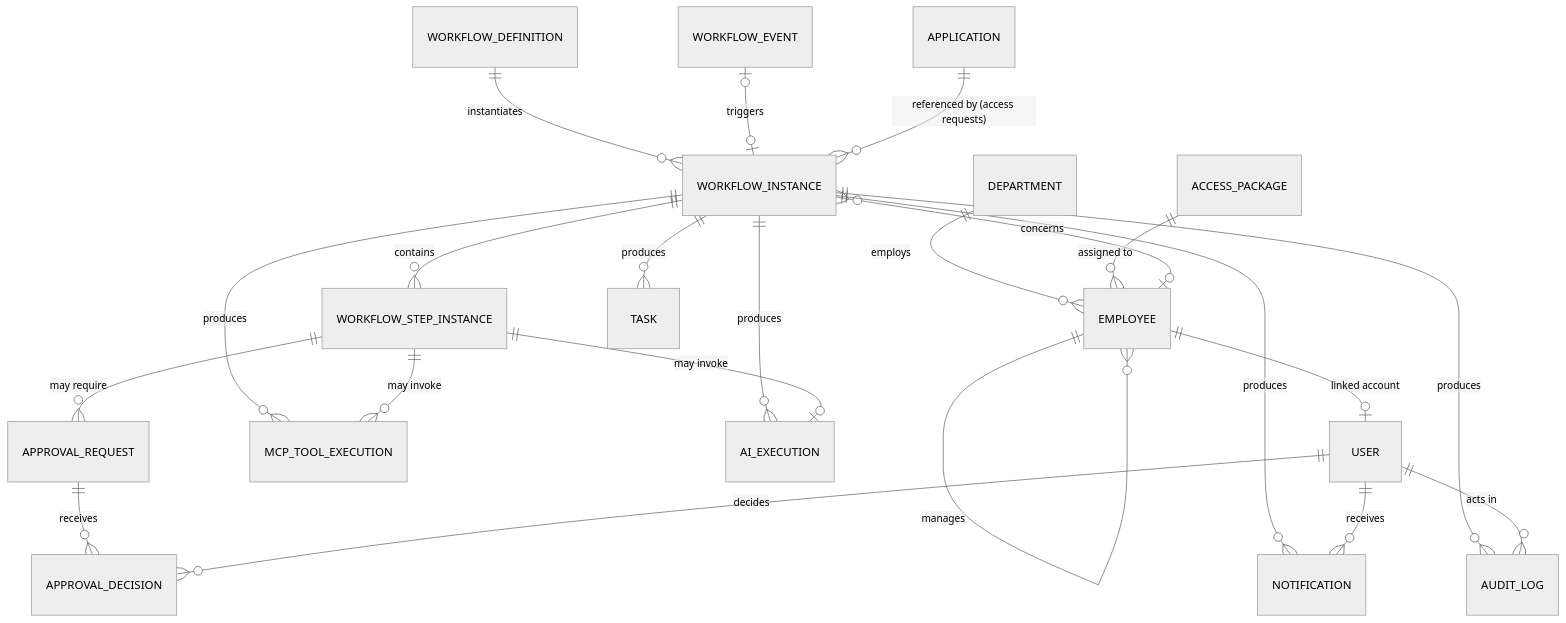
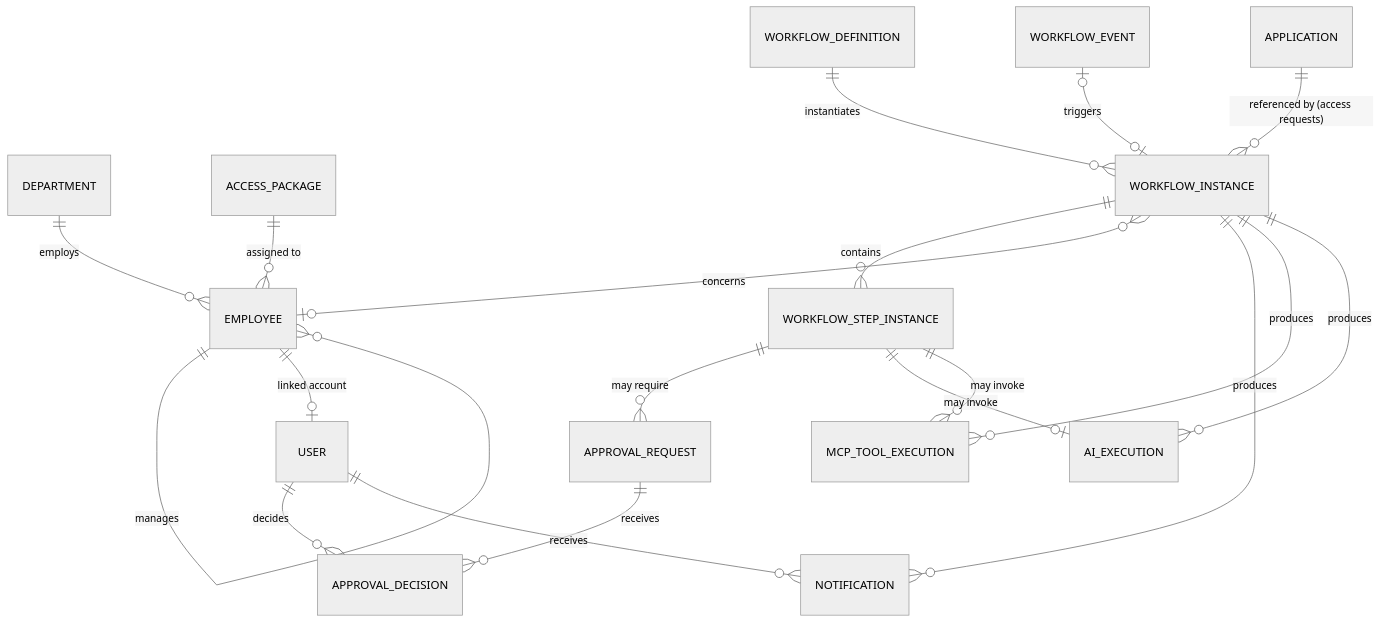
One commit to markrollinborja/Enterprise-AI-Workflow-Automation-Platform changed the diagram in docs/architecture/data-model.md. Above: the diagram before and after it, drawn with Mermaid (neutral theme). The commit also changed other lines of this file and 25 other files, not shown here.

Commit message:
Phase 12d: audit log page, doc-debt cleanup; Phase 13a: client timeouts, advisory-lock fix for workflow engine race

````diff
--- a/docs/architecture/data-model.md
+++ b/docs/architecture/data-model.md
@@ -20,29 +22,26 @@
 ```mermaid
 erDiagram
     DEPARTMENT ||--o{ EMPLOYEE : employs
     EMPLOYEE ||--o{ EMPLOYEE : manages
     ACCESS_PACKAGE ||--o{ EMPLOYEE : "assigned to"
     EMPLOYEE ||--o| USER : "linked account"
 
     WORKFLOW_DEFINITION ||--o{ WORKFLOW_INSTANCE : instantiates
     WORKFLOW_EVENT |o--o| WORKFLOW_INSTANCE : triggers
     WORKFLOW_INSTANCE ||--o{ WORKFLOW_STEP_INSTANCE : contains
     WORKFLOW_INSTANCE }o--o| EMPLOYEE : concerns
-    WORKFLOW_INSTANCE ||--o{ TASK : produces
     WORKFLOW_INSTANCE ||--o{ NOTIFICATION : produces
-    WORKFLOW_INSTANCE ||--o{ AUDIT_LOG : produces
     WORKFLOW_INSTANCE ||--o{ MCP_TOOL_EXECUTION : produces
     WORKFLOW_INSTANCE ||--o{ AI_EXECUTION : produces
 
     WORKFLOW_STEP_INSTANCE ||--o{ APPROVAL_REQUEST : "may require"
     WORKFLOW_STEP_INSTANCE ||--o| AI_EXECUTION : "may invoke"
     WORKFLOW_STEP_INSTANCE ||--o{ MCP_TOOL_EXECUTION : "may invoke"
 
     APPROVAL_REQUEST ||--o{ APPROVAL_DECISION : receives
     USER ||--o{ APPROVAL_DECISION : decides
 
     APPLICATION ||--o{ WORKFLOW_INSTANCE : "referenced by (access requests)"
 
     USER ||--o{ NOTIFICATION : receives
-    USER ||--o{ AUDIT_LOG : "acts in"
 ```
````
